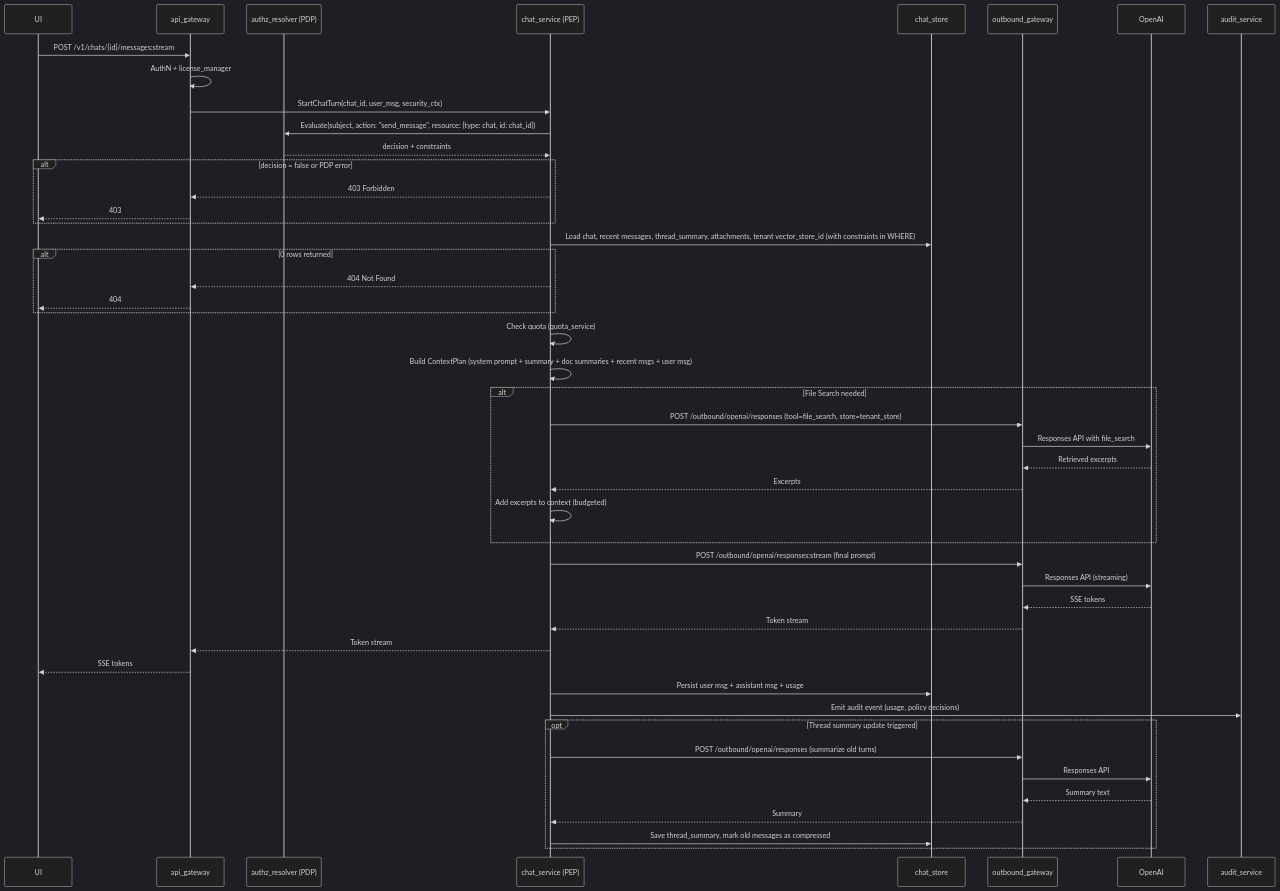
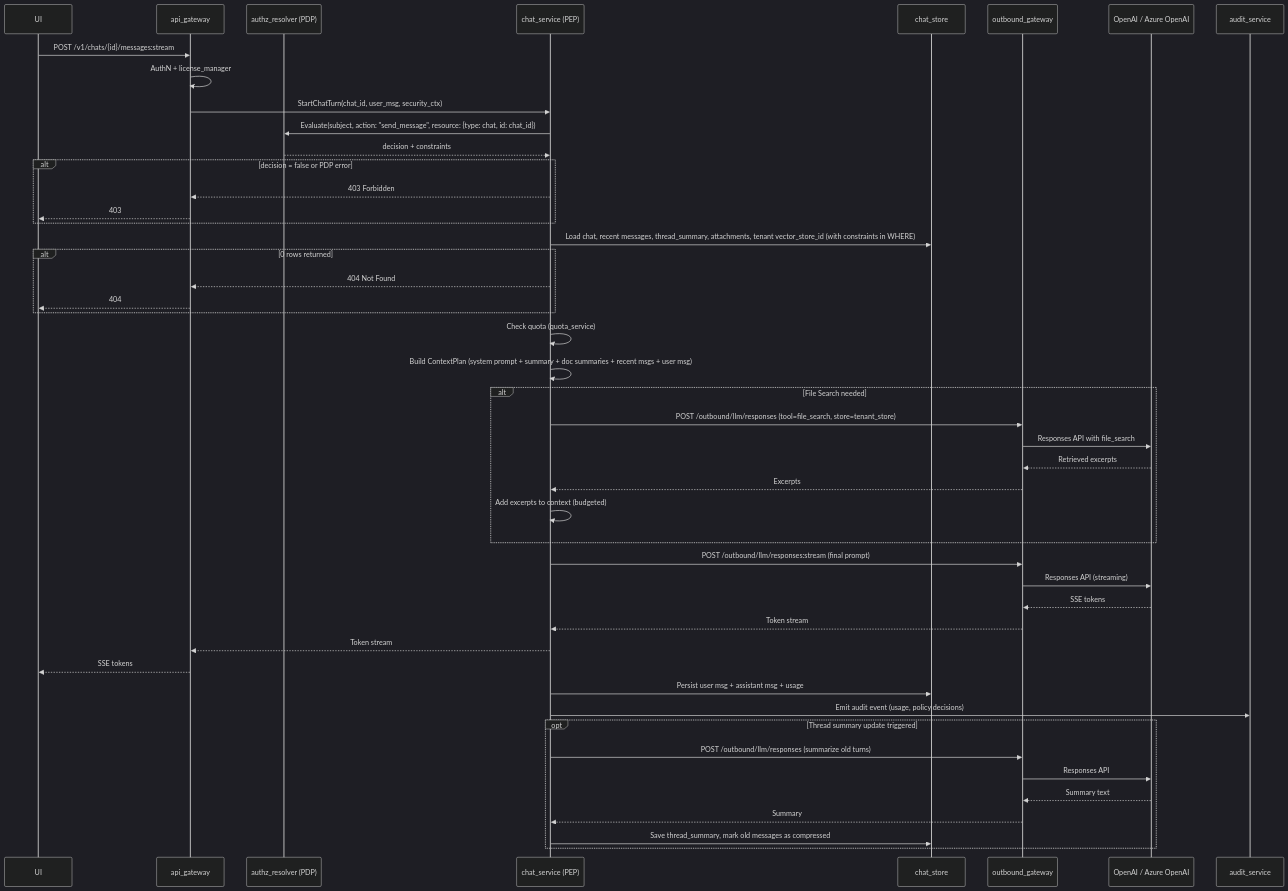
Before and after one commit to MikeFalcon77/hyperspot: the second of 5 diagrams in modules/mini-chat/docs/DESIGN.md, drawn with Mermaid (dark theme). The commit also changed other lines of this file, not shown here.

Commit message:
Azure API adoption

````diff
--- a/modules/mini-chat/docs/DESIGN.md
+++ b/modules/mini-chat/docs/DESIGN.md
@@ -309,59 +332,59 @@
 ```mermaid
 sequenceDiagram
     participant UI
     participant AG as api_gateway
     participant AuthZ as authz_resolver (PDP)
     participant CS as chat_service (PEP)
     participant DB as chat_store
     participant OG as outbound_gateway
-    participant OAI as OpenAI
+    participant OAI as OpenAI / Azure OpenAI
 
     UI->>AG: POST /v1/chats/{id}/messages:stream
     AG->>AG: AuthN + license_manager
     AG->>CS: StartChatTurn(chat_id, user_msg, security_ctx)
     CS->>AuthZ: Evaluate(subject, action: "send_message", resource: {type: chat, id: chat_id})
     AuthZ-->>CS: decision + constraints
 
     alt decision = false or PDP error
         CS-->>AG: 403 Forbidden
         AG-->>UI: 403
     end
 
     CS->>DB: Load chat, recent messages, thread_summary, attachments, tenant vector_store_id (with constraints in WHERE)
 
     alt 0 rows returned
         CS-->>AG: 404 Not Found
         AG-->>UI: 404
     end
 
     CS->>CS: Check quota (quota_service)
     CS->>CS: Build ContextPlan (system prompt + summary + doc summaries + recent msgs + user msg)
 
     alt File Search needed
-        CS->>OG: POST /outbound/openai/responses (tool=file_search, store=tenant_store)
+        CS->>OG: POST /outbound/llm/responses (tool=file_search, store=tenant_store)
         OG->>OAI: Responses API with file_search
         OAI-->>OG: Retrieved excerpts
         OG-->>CS: Excerpts
         CS->>CS: Add excerpts to context (budgeted)
     end
 
-    CS->>OG: POST /outbound/openai/responses:stream (final prompt)
+    CS->>OG: POST /outbound/llm/responses:stream (final prompt)
     OG->>OAI: Responses API (streaming)
     OAI-->>OG: SSE tokens
     OG-->>CS: Token stream
     CS-->>AG: Token stream
     AG-->>UI: SSE tokens
 
     CS->>DB: Persist user msg + assistant msg + usage
 
     participant AS as audit_service
     CS->>AS: Emit audit event (usage, policy decisions)
 
     opt Thread summary update triggered
-        CS->>OG: POST /outbound/openai/responses (summarize old turns)
+        CS->>OG: POST /outbound/llm/responses (summarize old turns)
         OG->>OAI: Responses API
         OAI-->>OG: Summary text
         OG-->>CS: Summary
         CS->>DB: Save thread_summary, mark old messages as compressed
     end
 ```
````
